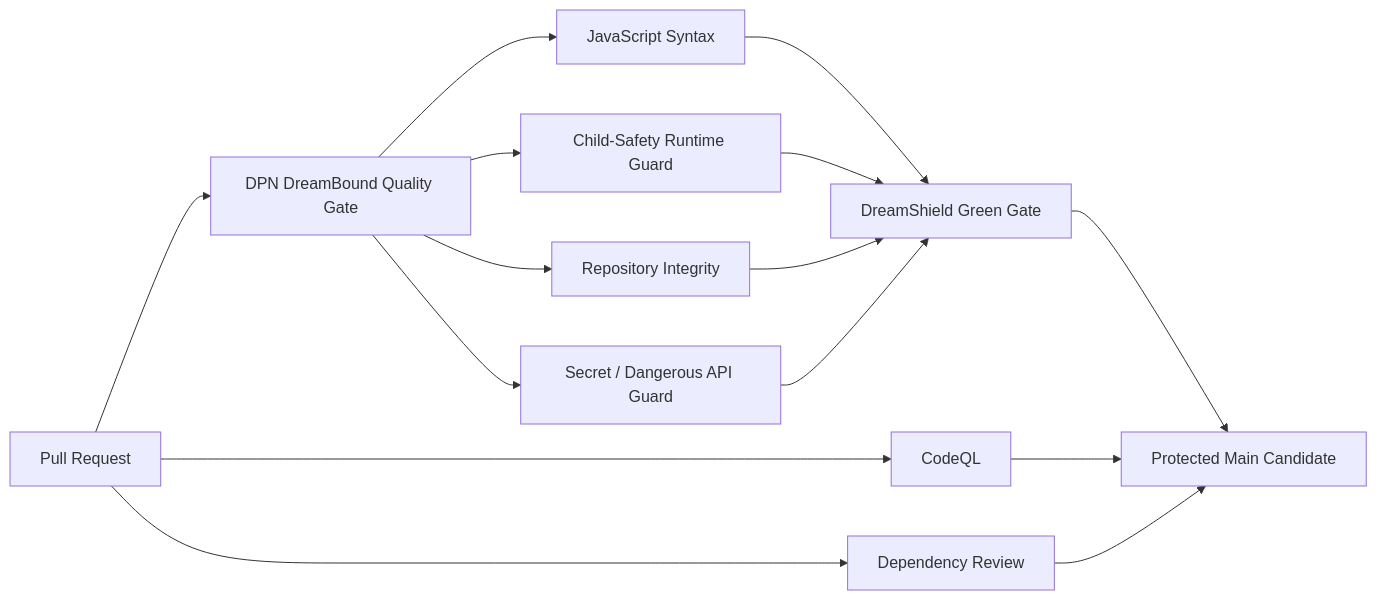
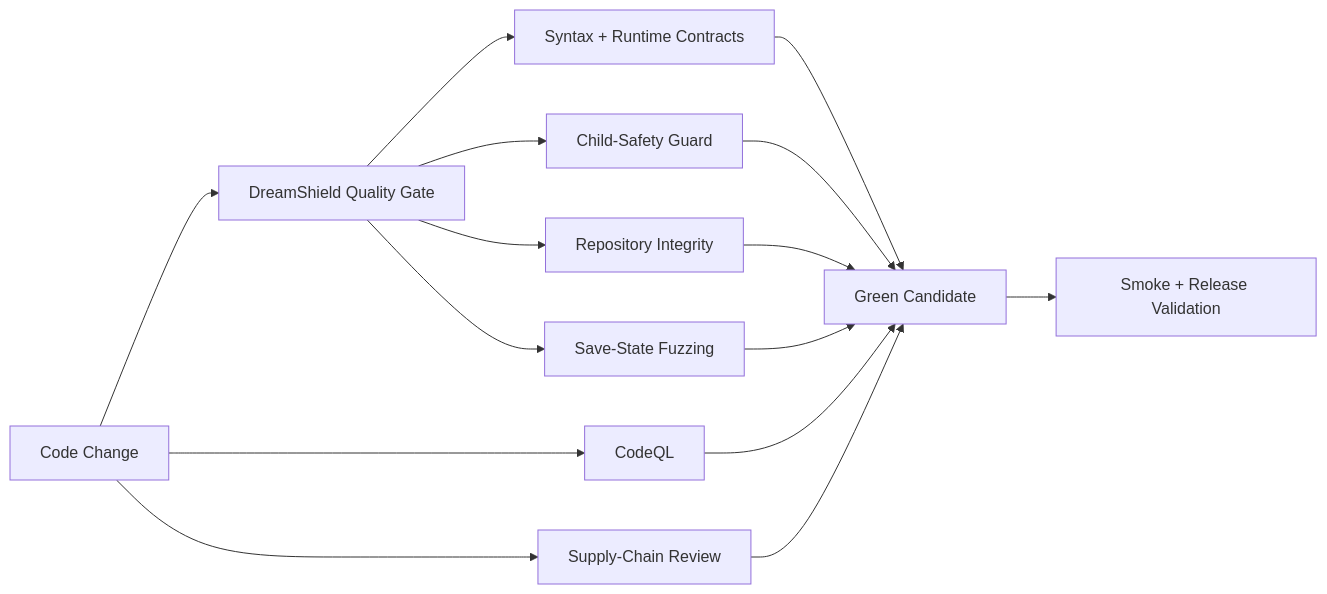
One commit to DPN-Technology/DreamBound-Adventures changed the diagram in README.md. Above: the diagram before and after it, drawn with Mermaid. The commit also changed other lines of this file, not shown here.

Commit message:
docs: redesign DreamBound README for players and developers

```diff
--- a/README.md
+++ b/README.md
@@ -141,17 +172,17 @@
 ~~~mermaid
 flowchart LR
-  PR[Pull Request] --> QG[DPN DreamBound Quality Gate]
-  QG --> JS[JavaScript Syntax]
-  QG --> SAFE[Child-Safety Runtime Guard]
-  QG --> INT[Repository Integrity]
-  QG --> SEC[Secret / Dangerous API Guard]
-  JS --> GREEN[DreamShield Green Gate]
-  SAFE --> GREEN
-  INT --> GREEN
-  SEC --> GREEN
-  PR --> CQL[CodeQL]
-  PR --> DEP[Dependency Review]
-  GREEN --> MAIN[Protected Main Candidate]
-  CQL --> MAIN
-  DEP --> MAIN
+  A[Code Change] --> B[DreamShield Quality Gate]
+  B --> C[Syntax + Runtime Contracts]
+  B --> D[Child-Safety Guard]
+  B --> E[Repository Integrity]
+  B --> F[Save-State Fuzzing]
+  A --> G[CodeQL]
+  A --> H[Supply-Chain Review]
+  C --> I[Green Candidate]
+  D --> I
+  E --> I
+  F --> I
+  G --> I
+  H --> I
+  I --> J[Smoke + Release Validation]
 ~~~
```
